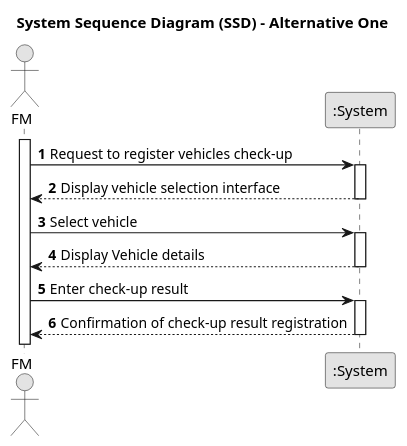
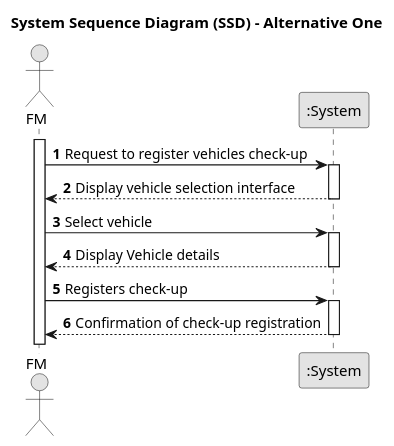
One commit to Departamento-de-Engenharia-Informatica/lei-24-s2-1df-1de-g063 changed the diagram in docs/sprintA/us007/01.requirements-engineering/puml/us007-system-sequence-diagram-alternative-one.puml. Above: the diagram before and after it, drawn with PlantUML. The commit also changed 10 other files, not shown here.

```diff
--- a/docs/sprintA/us007/01.requirements-engineering/puml/us007-system-sequence-diagram-alternative-one.puml
+++ b/docs/sprintA/us007/01.requirements-engineering/puml/us007-system-sequence-diagram-alternative-one.puml
@@ -1,33 +1,33 @@
 @startuml
 skinparam monochrome true
 skinparam packageStyle rectangle
 skinparam shadowing false
 
 title System Sequence Diagram (SSD) - Alternative One
 
 autonumber
 
 actor "FM" as Employee
 participant ":System" as System
 
 activate Employee
 
     Employee -> System : Request to register vehicles check-up
     activate System
 
         System --> Employee : Display vehicle selection interface
     deactivate System
 
     Employee -> System : Select vehicle
     activate System
 
         System --> Employee : Display Vehicle details
     deactivate System
 
-    Employee -> System : Enter check-up result
+    Employee -> System : Registers check-up
     activate System
 
-        System --> Employee :  Confirmation of check-up result registration
+        System --> Employee :  Confirmation of check-up registration
     deactivate System
 
 @enduml
```
